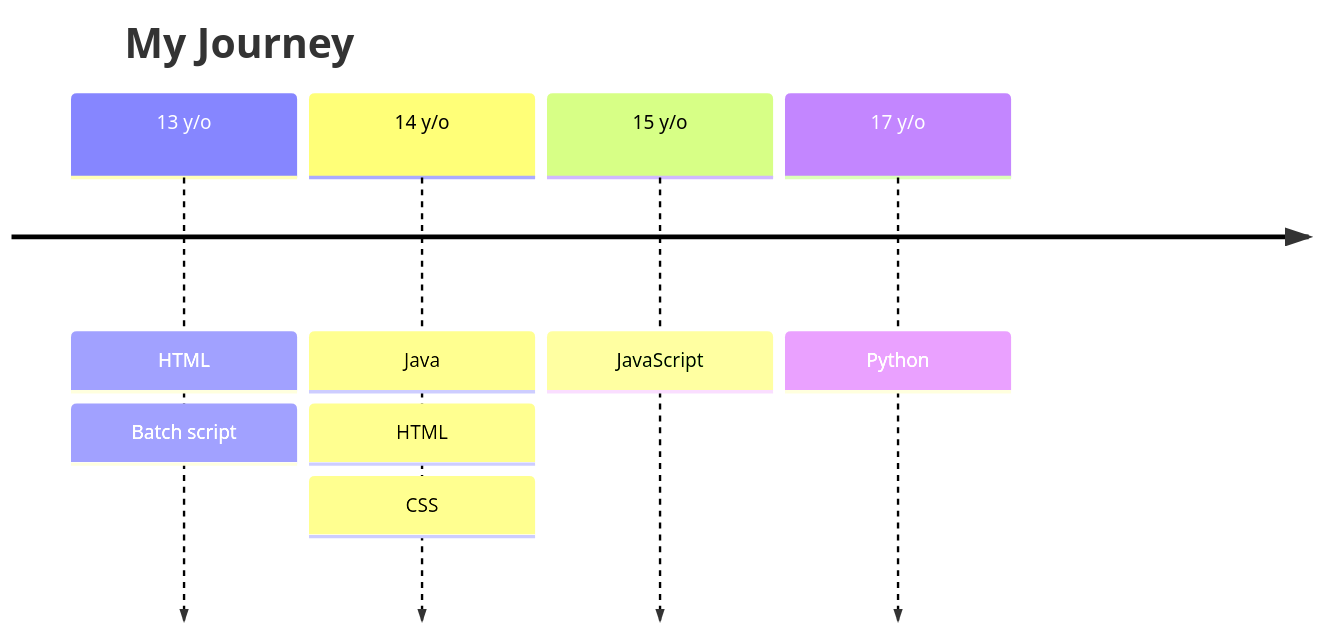
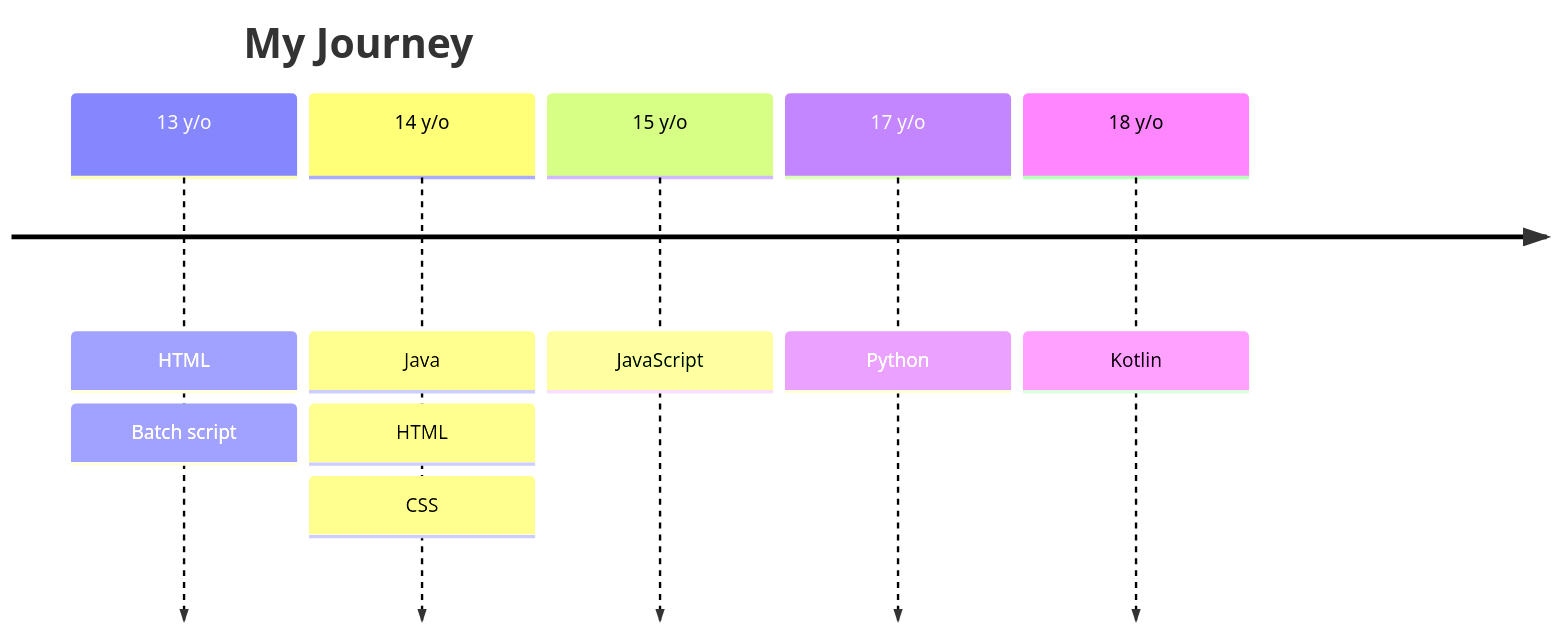
Before and after one commit to whynotmax/whynotmax: the diagram in README.md, drawn with Mermaid.

````diff
--- a/README.md
+++ b/README.md
@@ -4,11 +4,12 @@
 ```mermaid
 timeline
 title My Journey
 13 y/o : HTML
 : Batch script
 14 y/o : Java
 : HTML
 : CSS
 15 y/o : JavaScript
 17 y/o : Python
+18 y/o : Kotlin
 ```
````
